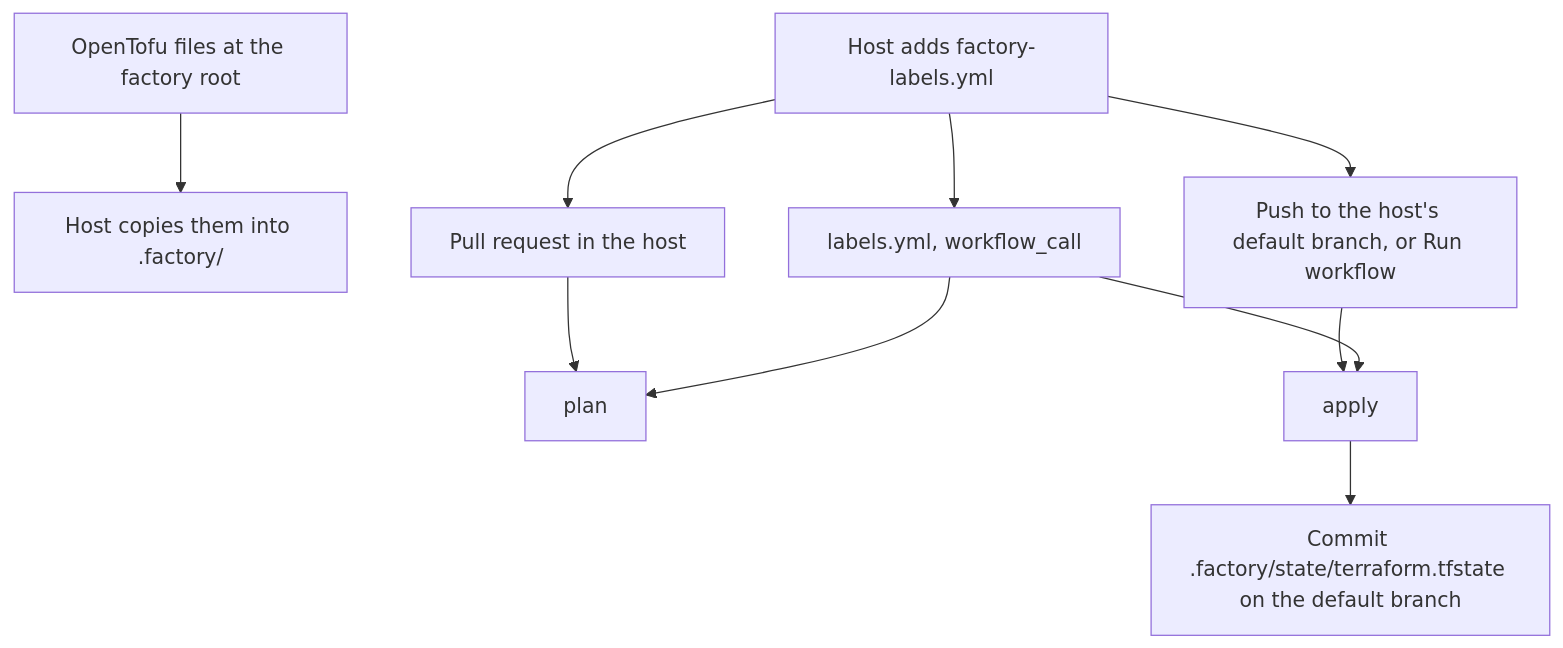
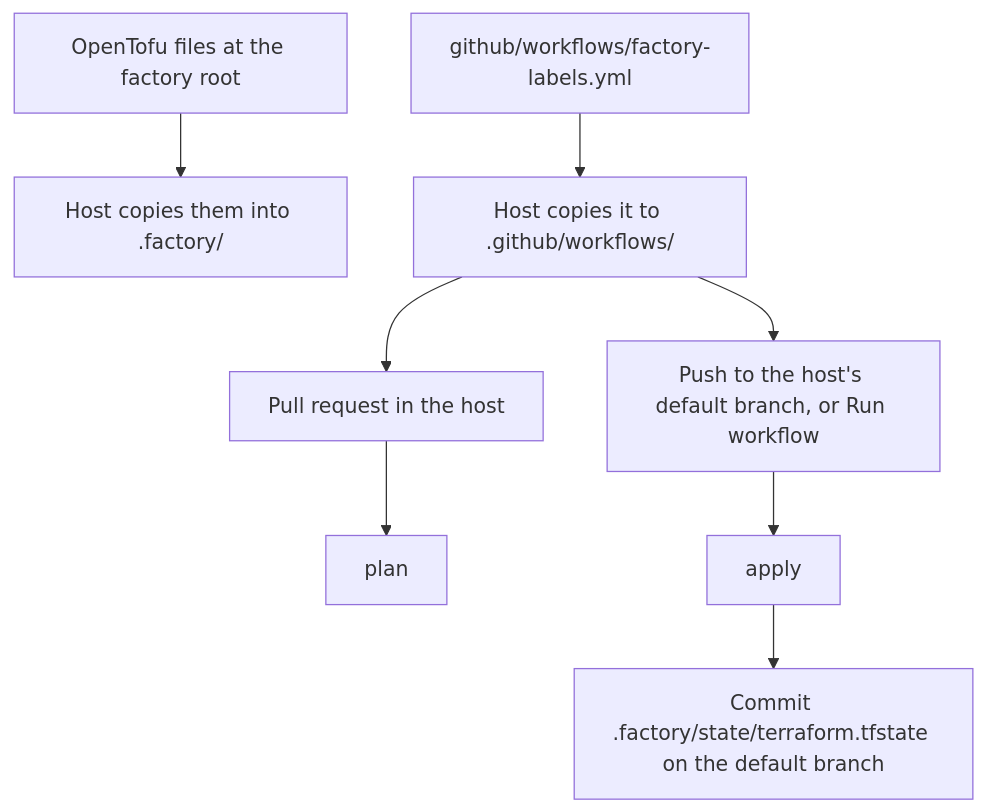
The diagram in README.md (TigranOhanyan/github-cursor-factory), drawn with Mermaid before and after one commit. The commit also changed other lines of this file and 4 other files, not shown here.

First line of the commit message:
Copy host label workflows from github/workflows

````diff
--- a/README.md
+++ b/README.md
@@ -38,12 +46,10 @@
 ```mermaid
 flowchart TD
   files["OpenTofu files at the factory root"] --> dotfactory["Host copies them into .factory/"]
-  caller["Host adds factory-labels.yml"] --> called["labels.yml, workflow_call"]
-  pr["Pull request in the host"] --> plan["plan"]
-  push["Push to the host's default branch, or Run workflow"] --> apply["apply"]
-  caller --> pr
-  caller --> push
-  called --> plan
-  called --> apply
+  wf["github/workflows/factory-labels.yml"] --> hostwf["Host copies it to .github/workflows/"]
+  hostwf --> pr["Pull request in the host"]
+  hostwf --> push["Push to the host's default branch, or Run workflow"]
+  pr --> plan["plan"]
+  push --> apply["apply"]
   apply --> state["Commit .factory/state/terraform.tfstate on the default branch"]
 ```
````
